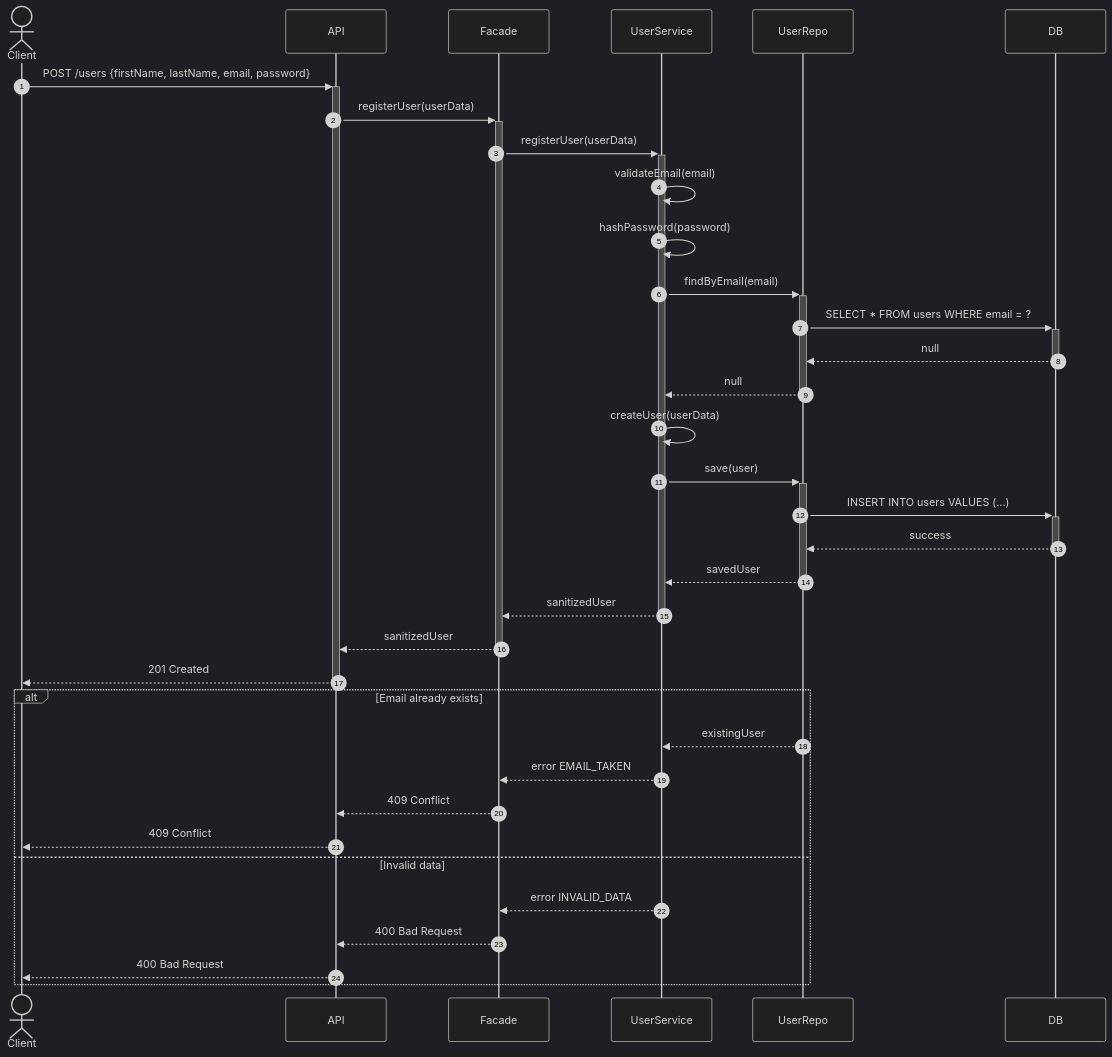
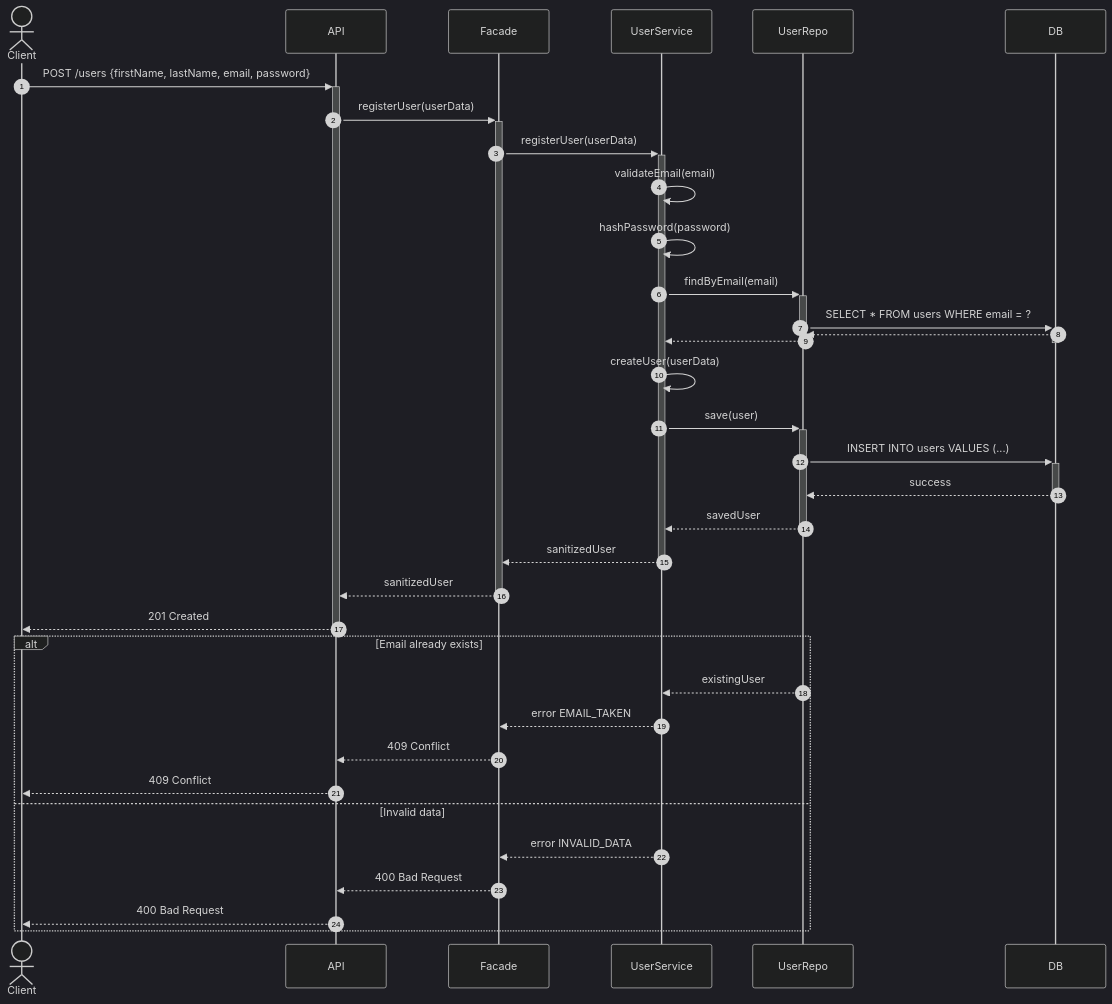
Before and after one commit to Lagui117/holbertonschool-hbnb: the first of 4 diagrams in part1/2-sequences.md, drawn with Mermaid (dark theme). The commit also changed 1 other file, not shown here.

Commit message:
hbnb Partie 1

````diff
--- a/part1/2-sequences.md
+++ b/part1/2-sequences.md
@@ -14,45 +14,45 @@
 ```mermaid
 sequenceDiagram
     autonumber
     actor Client
     participant API
     participant Facade
     participant UserService
     participant UserRepo
     participant DB
 
     %% ==== FLUX PRINCIPAL / MAIN FLOW ====
     Client->>+API: POST /users {firstName, lastName, email, password}
     API->>+Facade: registerUser(userData)
     Facade->>+UserService: registerUser(userData)
     
     UserService->>UserService: validateEmail(email)
     UserService->>UserService: hashPassword(password)
     
     UserService->>+UserRepo: findByEmail(email)
     UserRepo->>+DB: SELECT * FROM users WHERE email = ?
-    DB-->>-UserRepo: null
-    UserRepo-->>-UserService: null
+    DB-->>-UserRepo: 
+    UserRepo-->>-UserService: 
     
     UserService->>UserService: createUser(userData)
     UserService->>+UserRepo: save(user)
     UserRepo->>+DB: INSERT INTO users VALUES (...)
     DB-->>-UserRepo: success
     UserRepo-->>-UserService: savedUser
     
     UserService-->>-Facade: sanitizedUser
     Facade-->>-API: sanitizedUser
     API-->>-Client: 201 Created
 
     %% ==== ALTERNATIVE FLOWS ====
     alt Email already exists
         UserRepo-->>UserService: existingUser
         UserService-->>Facade: error EMAIL_TAKEN
         Facade-->>API: 409 Conflict
         API-->>Client: 409 Conflict
     else Invalid data
         UserService-->>Facade: error INVALID_DATA
         Facade-->>API: 400 Bad Request
         API-->>Client: 400 Bad Request
     end
 ```
````
